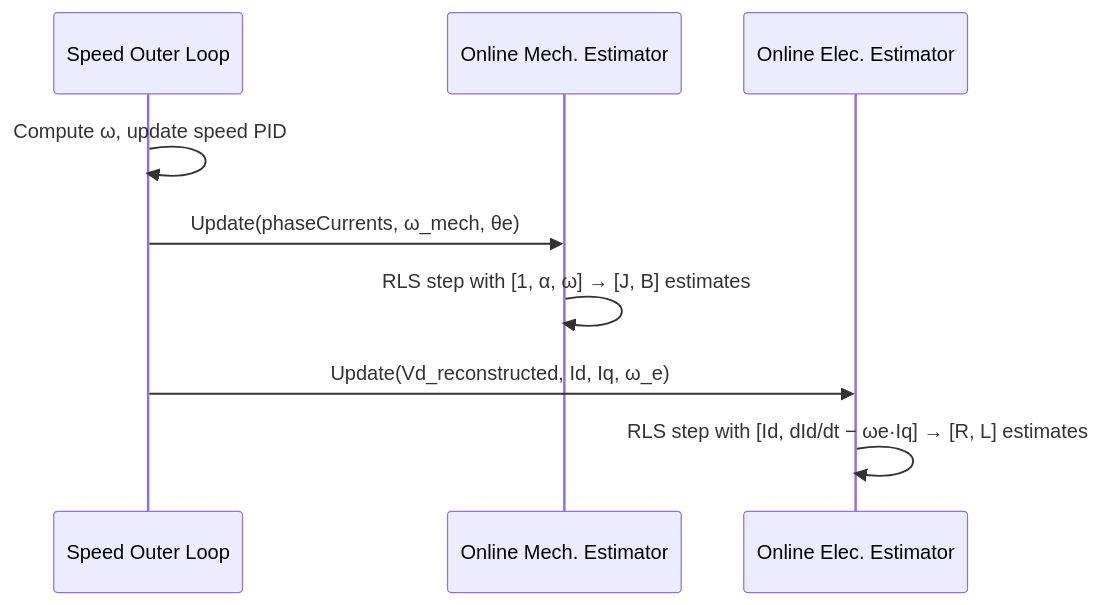
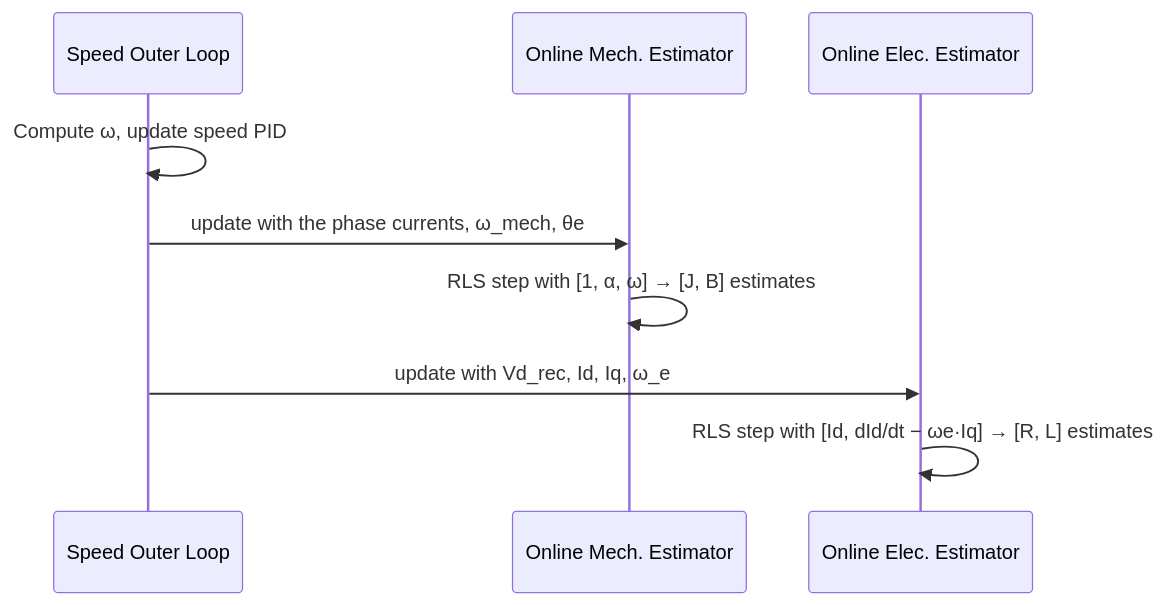
Before and after one commit to embedded-pro/e-foc: the fifth of 5 diagrams in documentation/design/foc-speed.md, drawn with Mermaid. The commit also changed other lines of this file and 37 other files, not shown here.

````diff
--- a/documentation/design/foc-speed.md
+++ b/documentation/design/foc-speed.md
@@ -274,12 +278,12 @@
 ```mermaid
 sequenceDiagram
     participant OuterLoop as Speed Outer Loop
     participant ME as Online Mech. Estimator
     participant EE as Online Elec. Estimator
 
     OuterLoop->>OuterLoop: Compute ω, update speed PID
-    OuterLoop->>ME: Update(phaseCurrents, ω_mech, θe)
+    OuterLoop->>ME: update with the phase currents, ω_mech, θe
     ME->>ME: RLS step with [1, α, ω] → [J, B] estimates
-    OuterLoop->>EE: Update(Vd_reconstructed, Id, Iq, ω_e)
+    OuterLoop->>EE: update with Vd_rec, Id, Iq, ω_e
     EE->>EE: RLS step with [Id, dId/dt − ωe·Iq] → [R, L] estimates
 ```
````
